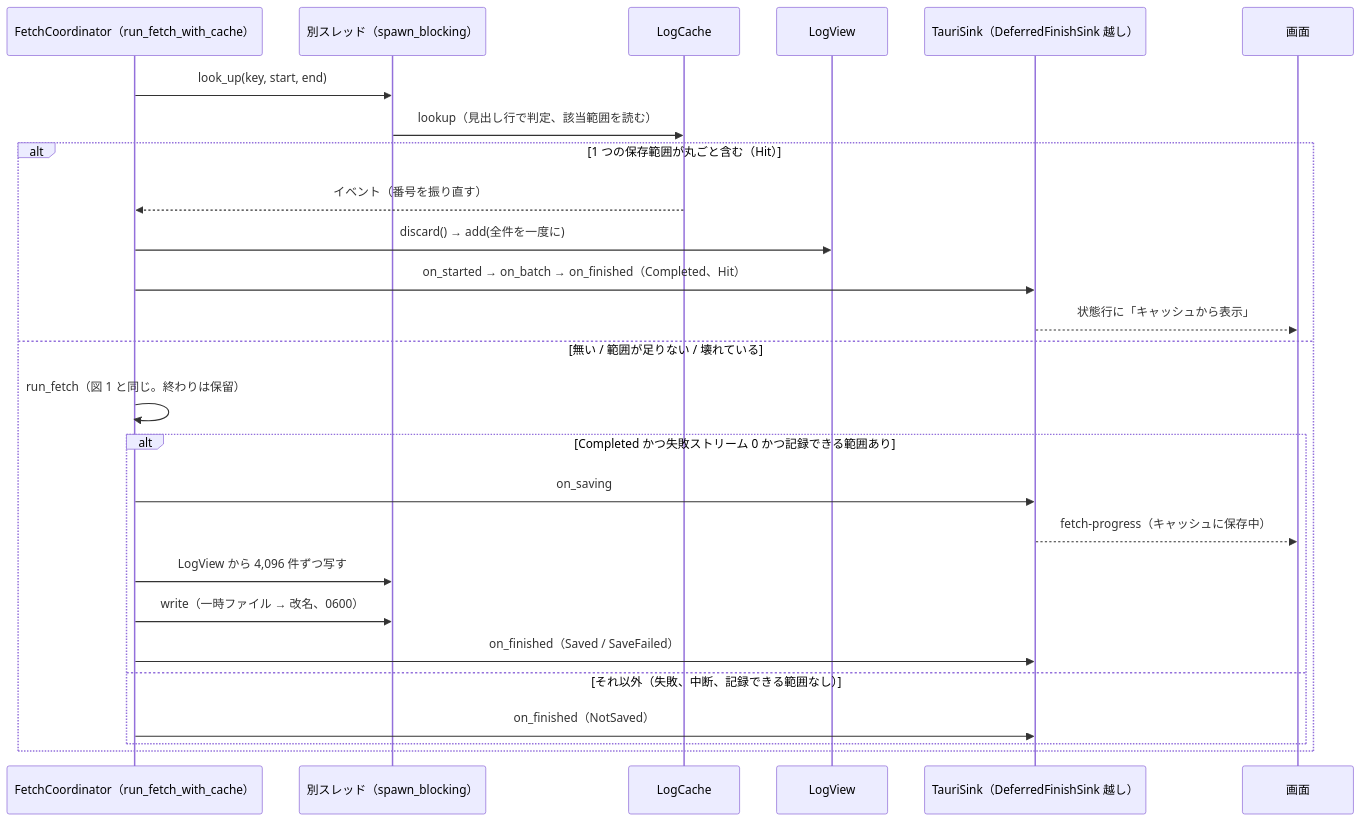
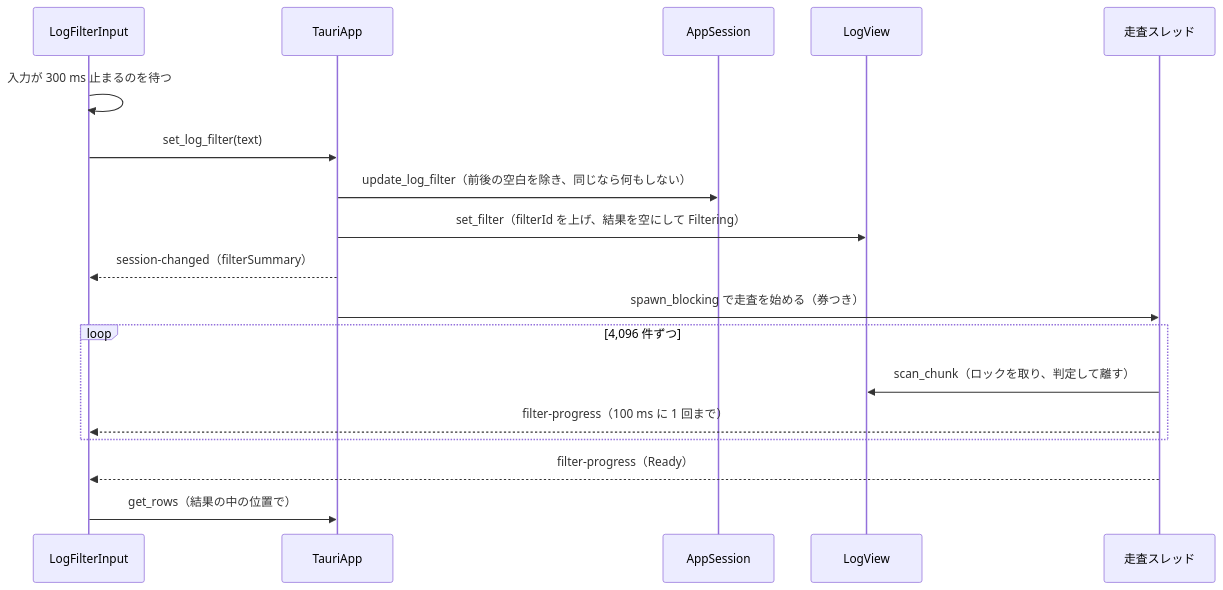
The third of 4 diagrams in aidlc/spaces/default/codekb/local-sights/architecture.md (kdnakt/local-sights), drawn with Mermaid before and after one commit. The commit also changed other lines of this file and 209 other files, not shown here.

````diff
--- a/aidlc/spaces/default/codekb/local-sights/architecture.md
+++ b/aidlc/spaces/default/codekb/local-sights/architecture.md
@@ -195,29 +169,20 @@
 ```mermaid
 sequenceDiagram
-  participant C as FetchCoordinator（run_fetch_with_cache）
-  participant B as 別スレッド（spawn_blocking）
-  participant L as LogCache
+  participant F as LogFilterInput
+  participant App as TauriApp
+  participant S as AppSession
   participant V as LogView
-  participant K as TauriSink（DeferredFinishSink 越し）
-  participant UI as 画面
-
-  C->>B: look_up(key, start, end)
-  B->>L: lookup（見出し行で判定、該当範囲を読む）
-  alt 1 つの保存範囲が丸ごと含む（Hit）
-    L-->>C: イベント（番号を振り直す）
-    C->>V: discard() → add(全件を一度に)
-    C->>K: on_started → on_batch → on_finished（Completed、Hit）
-    K-->>UI: 状態行に「キャッシュから表示」
-  else 無い / 範囲が足りない / 壊れている
-    C->>C: run_fetch（図 1 と同じ。終わりは保留）
-    alt Completed かつ失敗ストリーム 0 かつ記録できる範囲あり
-      C->>K: on_saving
-      K-->>UI: fetch-progress（キャッシュに保存中）
-      C->>B: LogView から 4,096 件ずつ写す
-      C->>B: write（一時ファイル → 改名、0600）
-      C->>K: on_finished（Saved / SaveFailed）
-    else それ以外（失敗、中断、記録できる範囲なし）
-      C->>K: on_finished（NotSaved）
-    end
+  participant W as 走査スレッド
+  F->>F: 入力が 300 ms 止まるのを待つ
+  F->>App: set_log_filter(text)
+  App->>S: update_log_filter（前後の空白を除き、同じなら何もしない）
+  App->>V: set_filter（filterId を上げ、結果を空にして Filtering）
+  App-->>F: session-changed（filterSummary）
+  App->>W: spawn_blocking で走査を始める（券つき）
+  loop 4,096 件ずつ
+    W->>V: scan_chunk（ロックを取り、判定して離す）
+    W-->>F: filter-progress（100 ms に 1 回まで）
   end
+  W-->>F: filter-progress（Ready）
+  F->>App: get_rows（結果の中の位置で）
 ```
````
